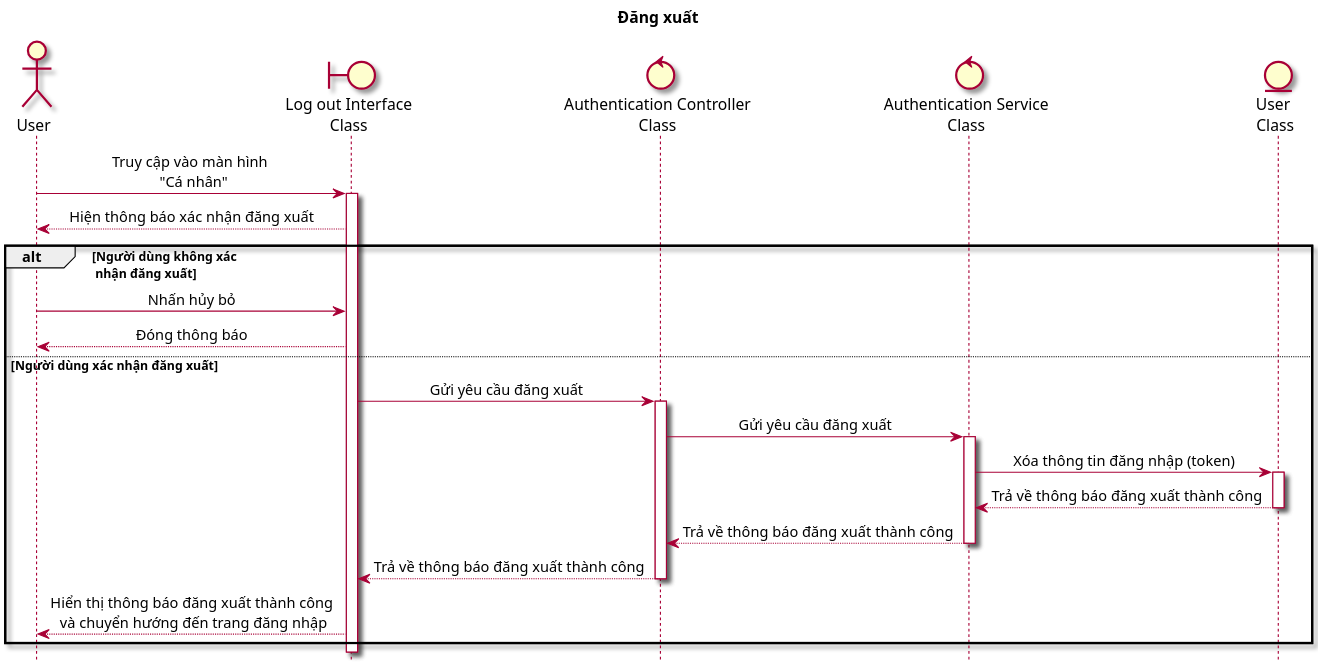
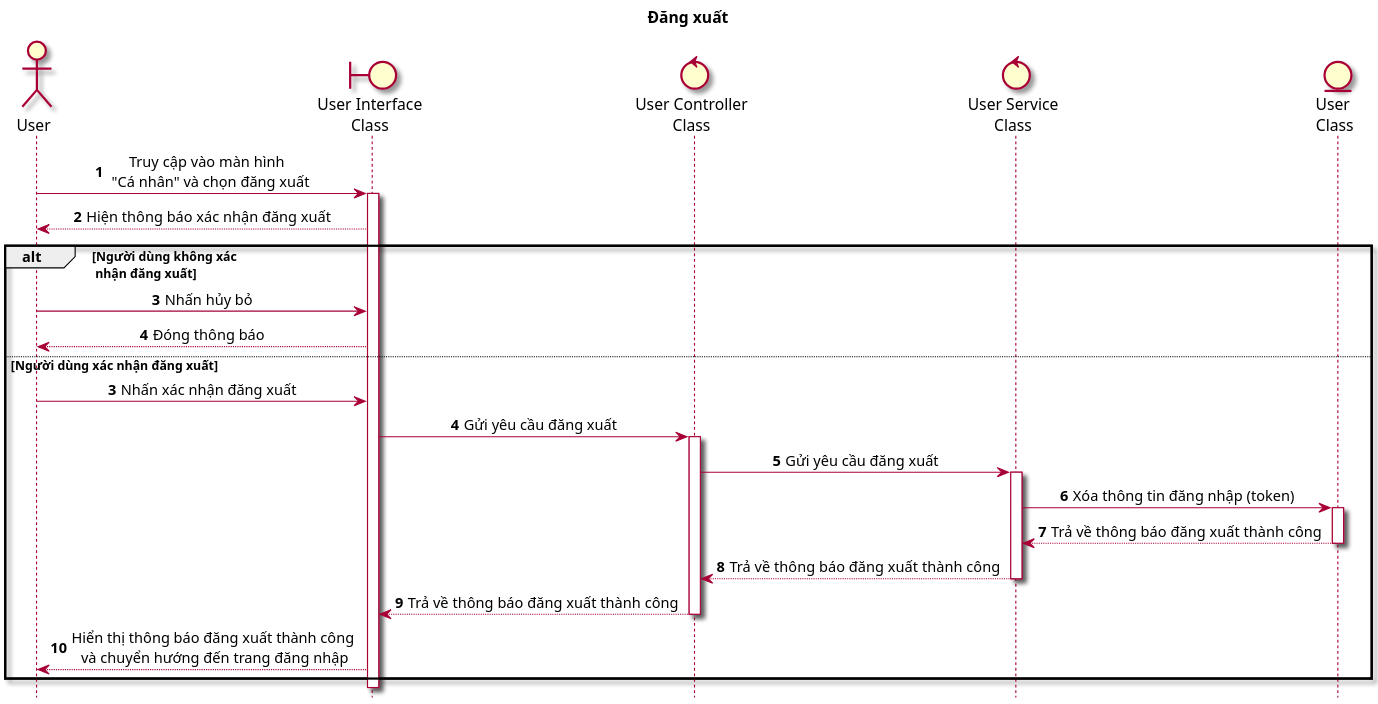
One commit to Griselda4774/WanderFun_Diagram changed the diagram in Sequence/SEQ06_Logout.puml. Above: the diagram before and after it, drawn with PlantUML. The commit also changed 16 other files, not shown here.

Commit message:
Done Sequence task

```diff
--- a/Sequence/SEQ06_Logout.puml
+++ b/Sequence/SEQ06_Logout.puml
@@ -1,37 +1,43 @@
 @startuml SEQ06_Logout
 
     title: Đăng xuất
 
     skin rose
     scale 2
     skinparam sequenceMessageAlign center
     hide footbox
 
     actor "User" as user
-    boundary "Log out Interface\nClass" as ui
-    control "Authentication Controller\nClass" as ctr
-    control "Authentication Service\nClass" as sv
+    boundary "User Interface\nClass" as ui
+    control "User Controller\nClass" as ctr
+    control "User Service\nClass" as sv
     entity "User \nClass" as ent
 
-    user -> ui: Truy cập vào màn hình \n "Cá nhân"
+    autonumber
+
+    user -> ui: Truy cập vào màn hình \n "Cá nhân" và chọn đăng xuất
     ui ++
     ui --> user: Hiện thông báo xác nhận đăng xuất
     alt Người dùng không xác \n nhận đăng xuất
         user -> ui: Nhấn hủy bỏ
         ui --> user: Đóng thông báo
     else Người dùng xác nhận đăng xuất
+
+        autonumber 3
+
+        user -> ui: Nhấn xác nhận đăng xuất
         ui -> ctr: Gửi yêu cầu đăng xuất
         ctr ++
         ctr -> sv: Gửi yêu cầu đăng xuất
         sv ++
         sv -> ent: Xóa thông tin đăng nhập (token)
         ent ++
         ent --> sv: Trả về thông báo đăng xuất thành công
         ent --
         sv --> ctr: Trả về thông báo đăng xuất thành công
         sv --
         ctr --> ui: Trả về thông báo đăng xuất thành công
         ctr--
         ui --> user: Hiển thị thông báo đăng xuất thành công\n và chuyển hướng đến trang đăng nhập
     end
 @enduml
```
